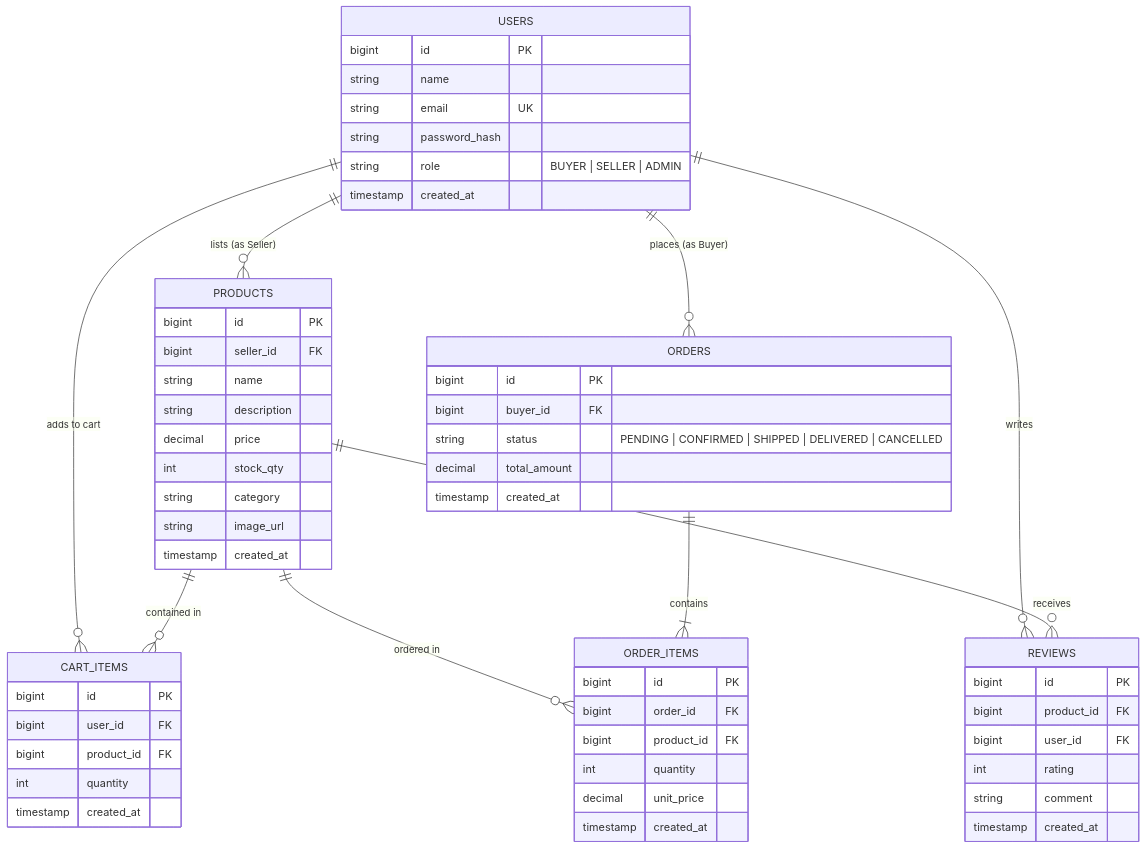
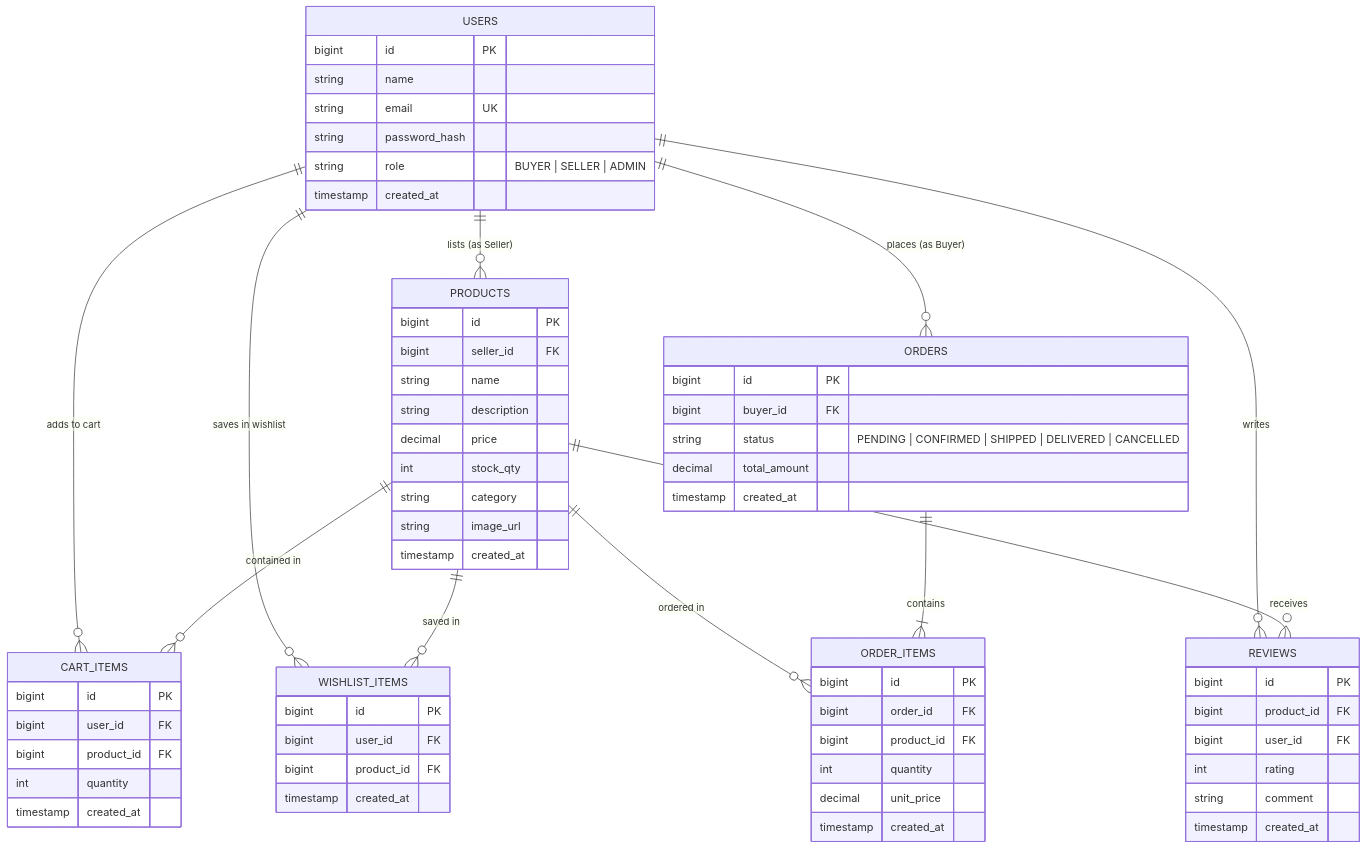
Before and after one commit to ameerrasik/capstone: the diagram in docs/er-diagram.md, drawn with Mermaid. The commit also changed 29 other files, not shown here.

````diff
--- a/docs/er-diagram.md
+++ b/docs/er-diagram.md
@@ -5,68 +5,77 @@
 ```mermaid
 erDiagram
     USERS ||--o{ PRODUCTS : "lists (as Seller)"
     USERS ||--o{ CART_ITEMS : "adds to cart"
+    USERS ||--o{ WISHLIST_ITEMS : "saves in wishlist"
     USERS ||--o{ ORDERS : "places (as Buyer)"
     USERS ||--o{ REVIEWS : "writes"
     
     PRODUCTS ||--o{ CART_ITEMS : "contained in"
+    PRODUCTS ||--o{ WISHLIST_ITEMS : "saved in"
     PRODUCTS ||--o{ ORDER_ITEMS : "ordered in"
     PRODUCTS ||--o{ REVIEWS : "receives"
     
     ORDERS ||--|{ ORDER_ITEMS : "contains"
 
     USERS {
         bigint id PK
         string name
         string email UK
         string password_hash
         string role "BUYER | SELLER | ADMIN"
         timestamp created_at
     }
 
     PRODUCTS {
         bigint id PK
         bigint seller_id FK
         string name
         string description
         decimal price
         int stock_qty
         string category
         string image_url
         timestamp created_at
     }
 
     CART_ITEMS {
         bigint id PK
         bigint user_id FK
         bigint product_id FK
         int quantity
         timestamp created_at
     }
 
+    WISHLIST_ITEMS {
+        bigint id PK
+        bigint user_id FK
+        bigint product_id FK
+        timestamp created_at
+    }
+
     ORDERS {
         bigint id PK
         bigint buyer_id FK
         string status "PENDING | CONFIRMED | SHIPPED | DELIVERED | CANCELLED"
         decimal total_amount
         timestamp created_at
     }
 
     ORDER_ITEMS {
         bigint id PK
         bigint order_id FK
         bigint product_id FK
         int quantity
         decimal unit_price
         timestamp created_at
     }
 
     REVIEWS {
         bigint id PK
         bigint product_id FK
         bigint user_id FK
         int rating
         string comment
         timestamp created_at
     }
 ```
````
